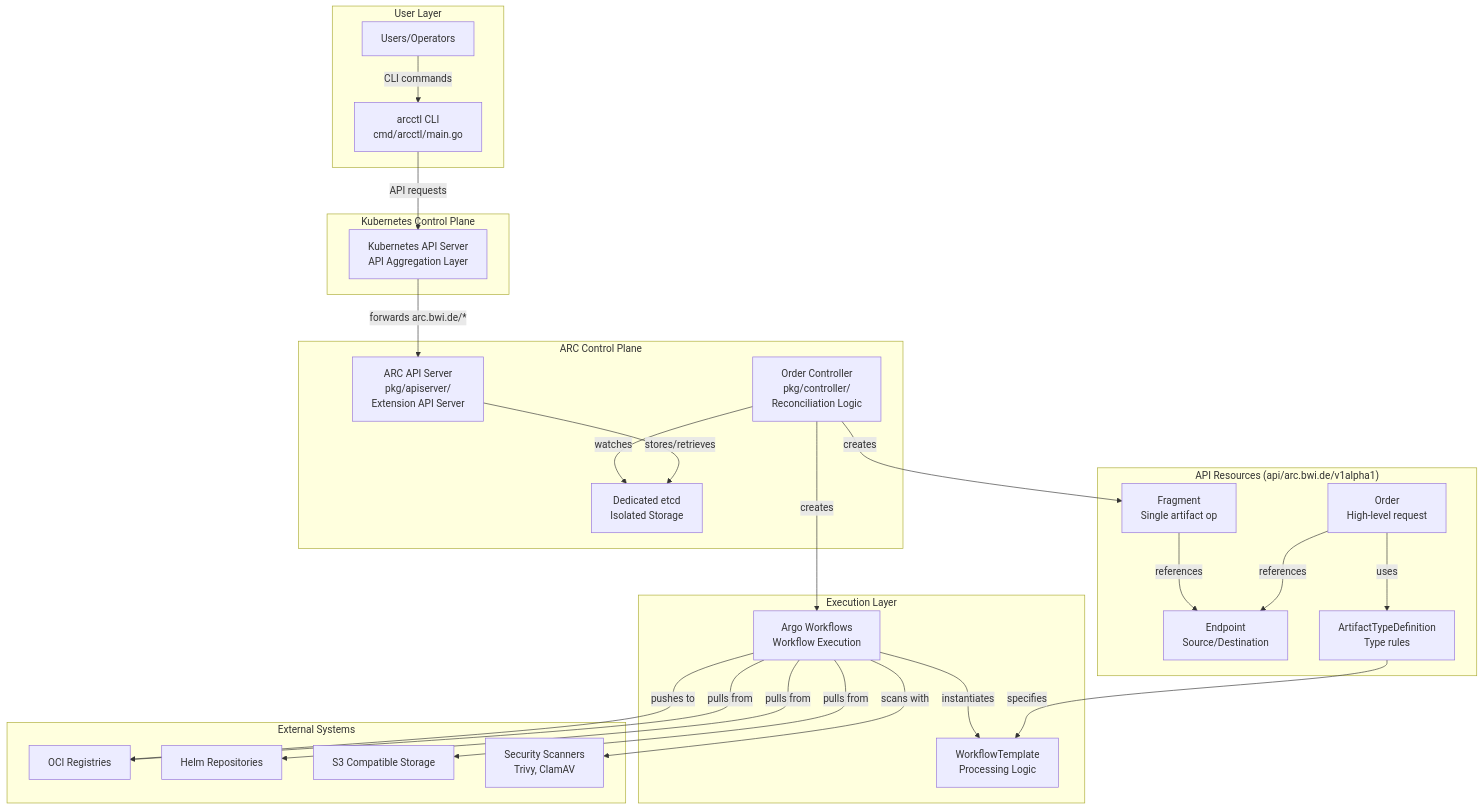
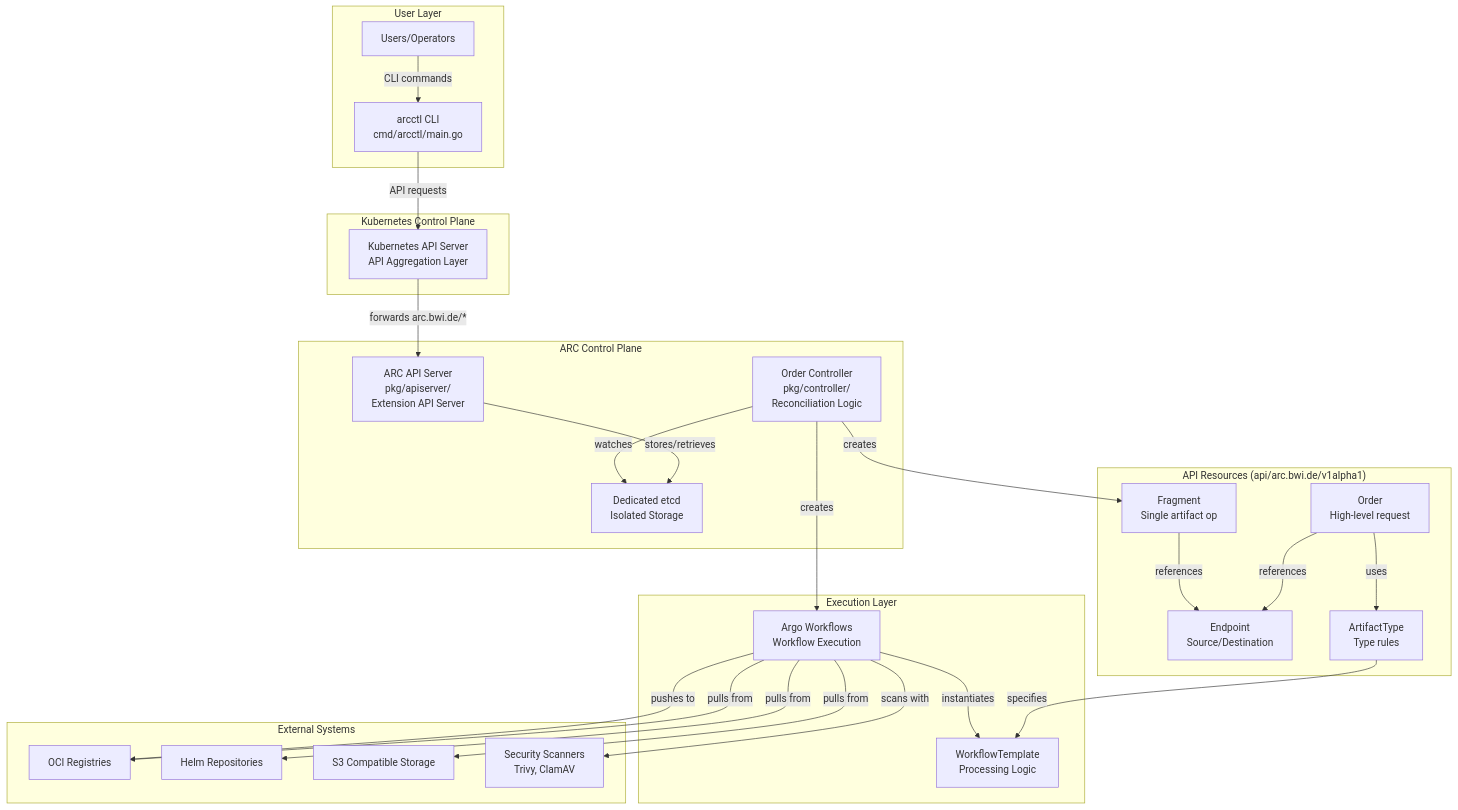
Before and after one commit to opendefensecloud/artifact-conduit: the first of 3 diagrams in docs/index.md, drawn with Mermaid. The commit also changed other lines of this file and 39 other files, not shown here.

Commit message:
rename ArtifactTypeDefinition to ArtifactType

````diff
--- a/docs/index.md
+++ b/docs/index.md
@@ -19,59 +19,59 @@
 ```mermaid
 graph TB
     subgraph "User Layer"
         Users["Users/Operators"]
         arcctl["arcctl CLI<br/>cmd/arcctl/main.go"]
     end
     
     subgraph "Kubernetes Control Plane"
         K8sAPI["Kubernetes API Server<br/>API Aggregation Layer"]
     end
     
     subgraph "ARC Control Plane"
         ARCAPI["ARC API Server<br/>pkg/apiserver/<br/>Extension API Server"]
         etcdStore["Dedicated etcd<br/>Isolated Storage"]
         OrderCtrl["Order Controller<br/>pkg/controller/<br/>Reconciliation Logic"]
     end
     
     subgraph "API Resources (api/arc.bwi.de/v1alpha1)"
         Order["Order<br/>High-level request"]
         Fragment["Fragment<br/>Single artifact op"]
         Endpoint["Endpoint<br/>Source/Destination"]
-        ATD["ArtifactTypeDefinition<br/>Type rules"]
+        ATD["ArtifactType<br/>Type rules"]
     end
     
     subgraph "Execution Layer"
         ArgoWorkflows["Argo Workflows<br/>Workflow Execution"]
         WorkflowTemplates["WorkflowTemplate<br/>Processing Logic"]
     end
     
     subgraph "External Systems"
         OCIReg["OCI Registries"]
         HelmRepo["Helm Repositories"]
         S3Storage["S3 Compatible Storage"]
         Scanners["Security Scanners<br/>Trivy, ClamAV"]
     end
     
     Users -->|"CLI commands"| arcctl
     arcctl -->|"API requests"| K8sAPI
     
     K8sAPI -->|"forwards arc.bwi.de/*"| ARCAPI
     ARCAPI -->|"stores/retrieves"| etcdStore
     
     OrderCtrl -->|"watches"| etcdStore
     OrderCtrl -->|"creates"| Fragment
     OrderCtrl -->|"creates"| ArgoWorkflows
     
     Order -->|"references"| Endpoint
     Order -->|"uses"| ATD
     Fragment -->|"references"| Endpoint
     
     ATD -->|"specifies"| WorkflowTemplates
     ArgoWorkflows -->|"instantiates"| WorkflowTemplates
     
     ArgoWorkflows -->|"pulls from"| OCIReg
     ArgoWorkflows -->|"pulls from"| HelmRepo
     ArgoWorkflows -->|"pulls from"| S3Storage
     ArgoWorkflows -->|"scans with"| Scanners
     ArgoWorkflows -->|"pushes to"| OCIReg
 ```
````
